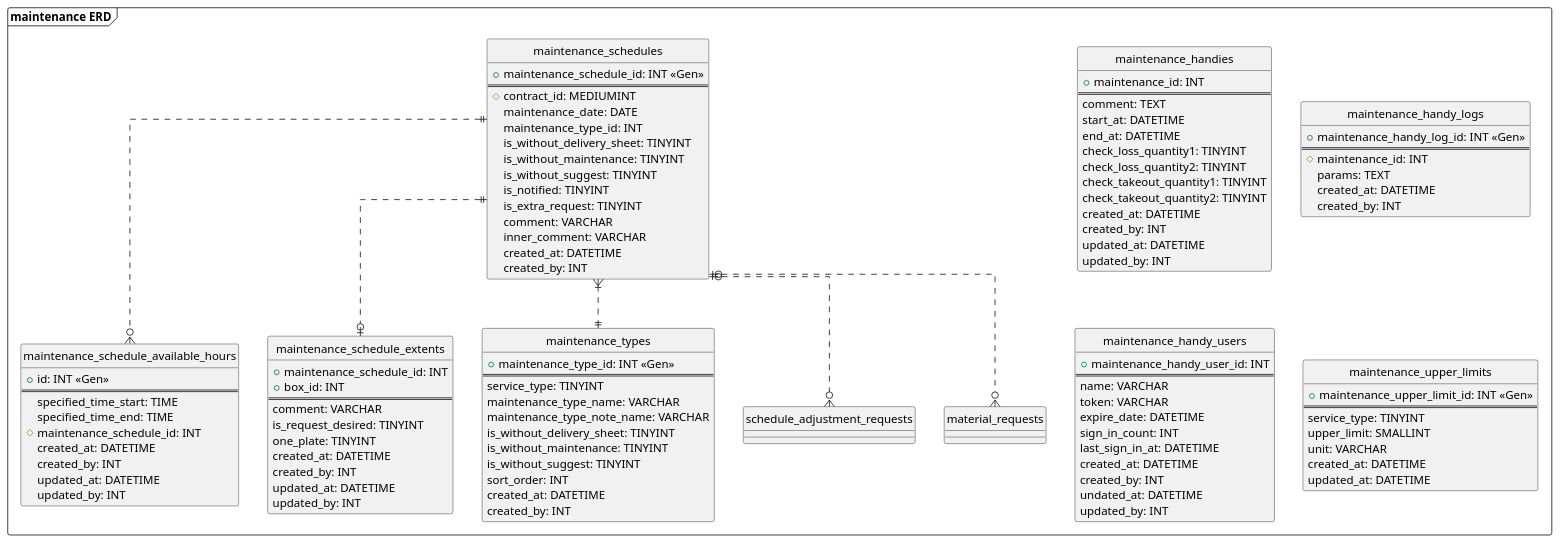
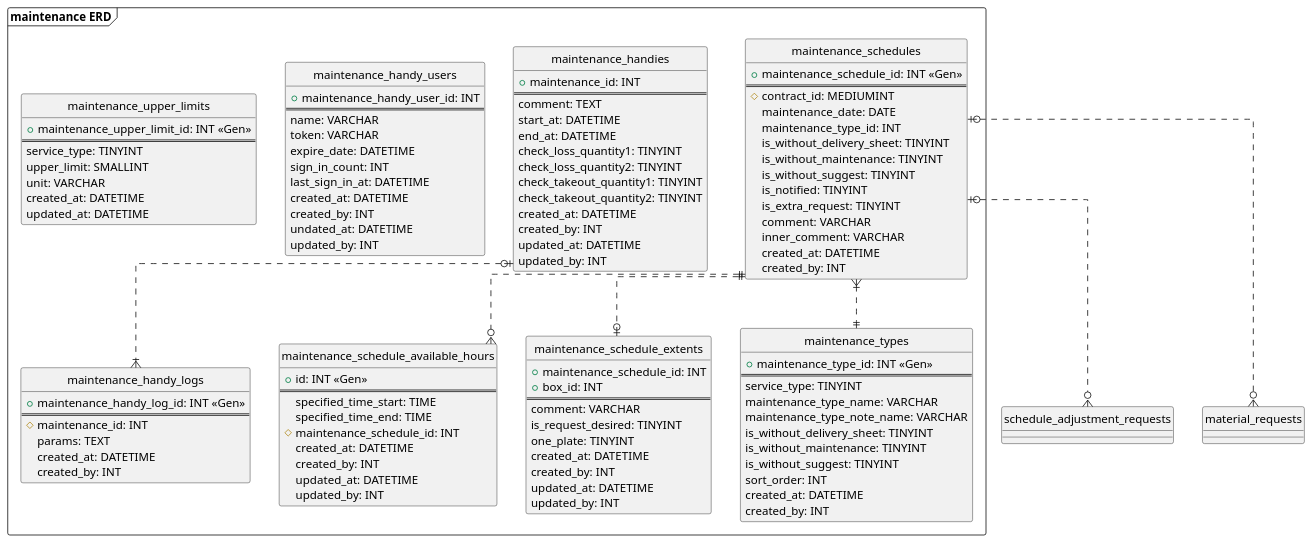
Before and after one commit to kim-yuchul-okan/subsystem-erd: the diagram in subsystem/maintenance_erd.pu, drawn with PlantUML. The commit also changed 3 other files, not shown here.

```diff
--- a/subsystem/maintenance_erd.pu
+++ b/subsystem/maintenance_erd.pu
@@ -1,114 +1,115 @@
 @startuml
 
 ' hide the spot
 hide circle
 
 ' avoid problems with angled crows feet
 skinparam linetype ortho
 
 frame "maintenance ERD" {
   entity "maintenance_schedules" {
     + maintenance_schedule_id: INT <<Gen>>
     ==
     # contract_id: MEDIUMINT
     maintenance_date: DATE
     maintenance_type_id: INT
     is_without_delivery_sheet: TINYINT
     is_without_maintenance: TINYINT
     is_without_suggest: TINYINT
     is_notified: TINYINT
     is_extra_request: TINYINT
     comment: VARCHAR
     inner_comment: VARCHAR
     created_at: DATETIME
     created_by: INT
   }
   entity "maintenance_schedule_available_hours" {
     + id: INT <<Gen>>
     ==
     specified_time_start: TIME
     specified_time_end: TIME
     # maintenance_schedule_id: INT
     created_at: DATETIME
     created_by: INT
     updated_at: DATETIME
     updated_by: INT
   }
   entity "maintenance_schedule_extents" {
     + maintenance_schedule_id: INT
     + box_id: INT
     ==
     comment: VARCHAR
     is_request_desired: TINYINT
     one_plate: TINYINT
     created_at: DATETIME
     created_by: INT
     updated_at: DATETIME
     updated_by: INT
   }
   entity "maintenance_handies" {
     + maintenance_id: INT
     ==
     comment: TEXT
     start_at: DATETIME
     end_at: DATETIME
     check_loss_quantity1: TINYINT
     check_loss_quantity2: TINYINT
     check_takeout_quantity1: TINYINT
     check_takeout_quantity2: TINYINT
     created_at: DATETIME
     created_by: INT
     updated_at: DATETIME
     updated_by: INT
   }
   entity "maintenance_handy_logs" {
     + maintenance_handy_log_id: INT <<Gen>>
     ==
     # maintenance_id: INT
     params: TEXT
     created_at: DATETIME
     created_by: INT
   }
   entity "maintenance_handy_users" {
     + maintenance_handy_user_id: INT
     ==
     name: VARCHAR
     token: VARCHAR
     expire_date: DATETIME
     sign_in_count: INT
     last_sign_in_at: DATETIME
     created_at: DATETIME
     created_by: INT
     undated_at: DATETIME
     updated_by: INT
   }
   entity "maintenance_types" {
     + maintenance_type_id: INT <<Gen>>
     ==
     service_type: TINYINT
     maintenance_type_name: VARCHAR
     maintenance_type_note_name: VARCHAR
     is_without_delivery_sheet: TINYINT
     is_without_maintenance: TINYINT
     is_without_suggest: TINYINT
     sort_order: INT
     created_at: DATETIME
     created_by: INT
   }
   entity "maintenance_upper_limits" {
     + maintenance_upper_limit_id: INT <<Gen>>
     ==
     service_type: TINYINT
     upper_limit: SMALLINT
     unit: VARCHAR
     created_at: DATETIME
     updated_at: DATETIME
   }
-  maintenance_schedules |o..o{ schedule_adjustment_requests
   maintenance_schedules ||..o{ maintenance_schedule_available_hours
   maintenance_schedules ||..o| maintenance_schedule_extents
   maintenance_schedules }|..|| maintenance_types
-  maintenance_schedules |o..o{ material_requests
+  maintenance_handies |o..|{ maintenance_handy_logs
 }
+maintenance_schedules |o..o{ schedule_adjustment_requests
+maintenance_schedules |o..o{ material_requests
 
 @enduml
```
